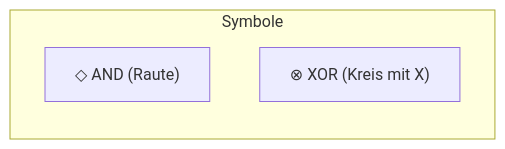
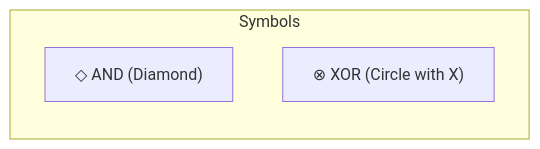
One commit to woped/woped-next changed the fourth of 6 diagrams in docs/migration/02-workflow-operators.md. Above: the diagram before and after it, drawn with Mermaid. The commit also changed other lines of this file and 24 other files, not shown here.

````diff
--- a/docs/migration/02-workflow-operators.md
+++ b/docs/migration/02-workflow-operators.md
@@ -137,7 +137,7 @@
 ```mermaid
 graph LR
-    subgraph Symbole
-        AND["◇ AND (Raute)"]
-        XOR["⊗ XOR (Kreis mit X)"]
+    subgraph Symbols
+        AND["◇ AND (Diamond)"]
+        XOR["⊗ XOR (Circle with X)"]
     end
 ```
````
